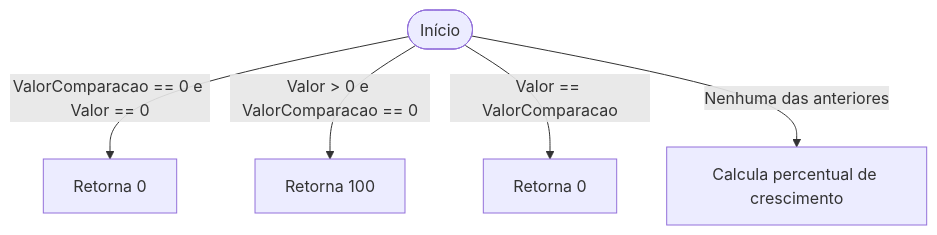
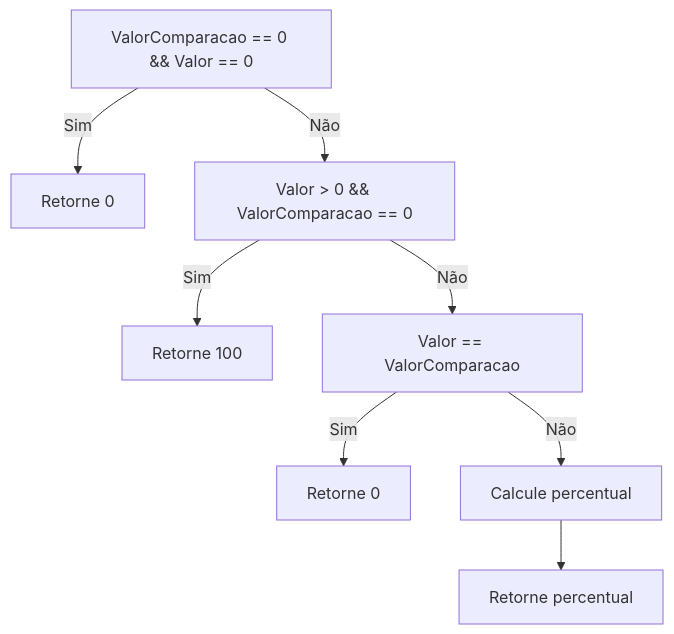
The first of 2 diagrams in docs/b2b-dominio/IsthmusWinthor.Nucleo/IsthmusWinthor.Dominio/Analytics/Indicadores/IndicadorKPI.md (IsthmusSistemas/documentacao-tecnica), drawn with Mermaid before and after one commit. The commit also changed other lines of this file and 882 other files, not shown here.

````diff
--- a/docs/b2b-dominio/IsthmusWinthor.Nucleo/IsthmusWinthor.Dominio/Analytics/Indicadores/IndicadorKPI.md
+++ b/docs/b2b-dominio/IsthmusWinthor.Nucleo/IsthmusWinthor.Dominio/Analytics/Indicadores/IndicadorKPI.md
@@ -22,7 +19,10 @@
 ```mermaid
 flowchart TD
-    A([Início]) -->|ValorComparacao == 0 e Valor == 0| B[Retorna 0]
-    A -->|Valor > 0 e ValorComparacao == 0| C[Retorna 100]
-    A -->|Valor == ValorComparacao| D[Retorna 0]
-    A -->|Nenhuma das anteriores| E[Calcula percentual de crescimento]
+    A[ValorComparacao == 0 && Valor == 0] -->|Sim| B[Retorne 0]
+    A -->|Não| C[Valor > 0 && ValorComparacao == 0]
+    C -->|Sim| D[Retorne 100]
+    C -->|Não| E[Valor == ValorComparacao]
+    E -->|Sim| F[Retorne 0]
+    E -->|Não| G[Calcule percentual]
+    G --> H[Retorne percentual]
 ```
````
